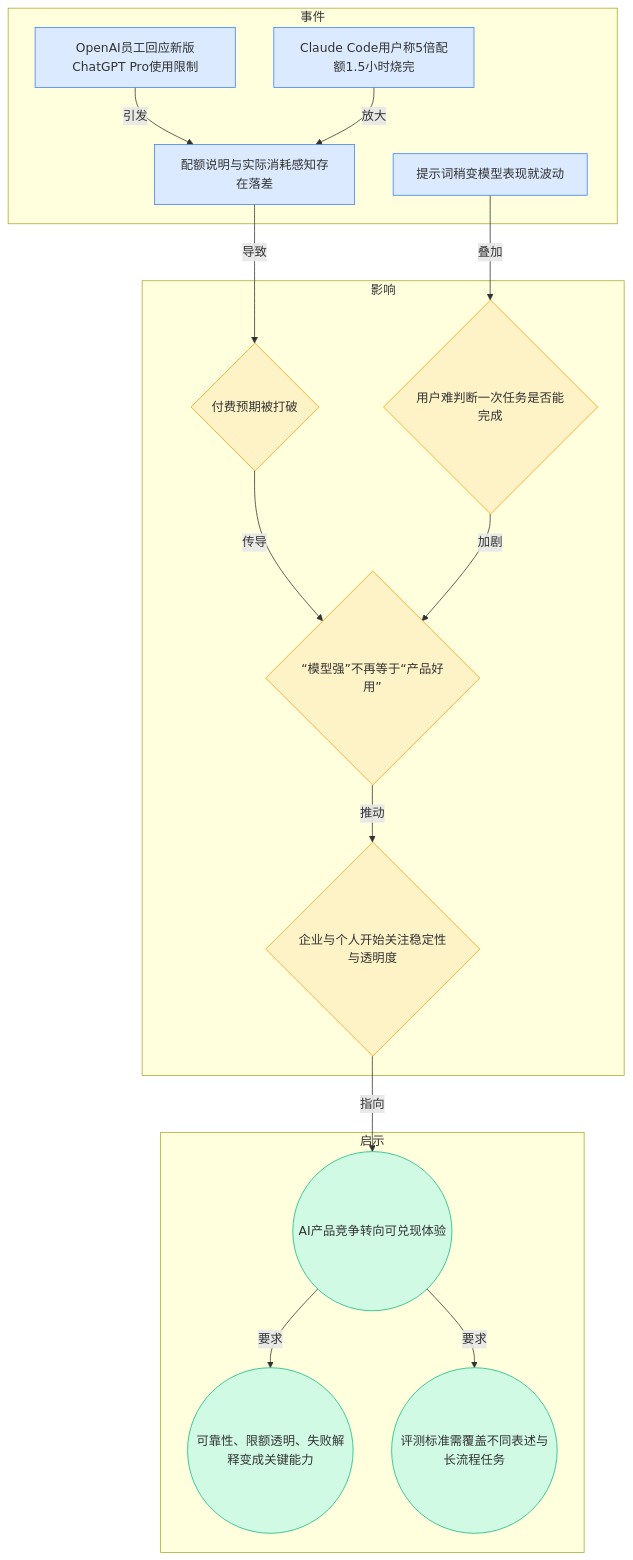
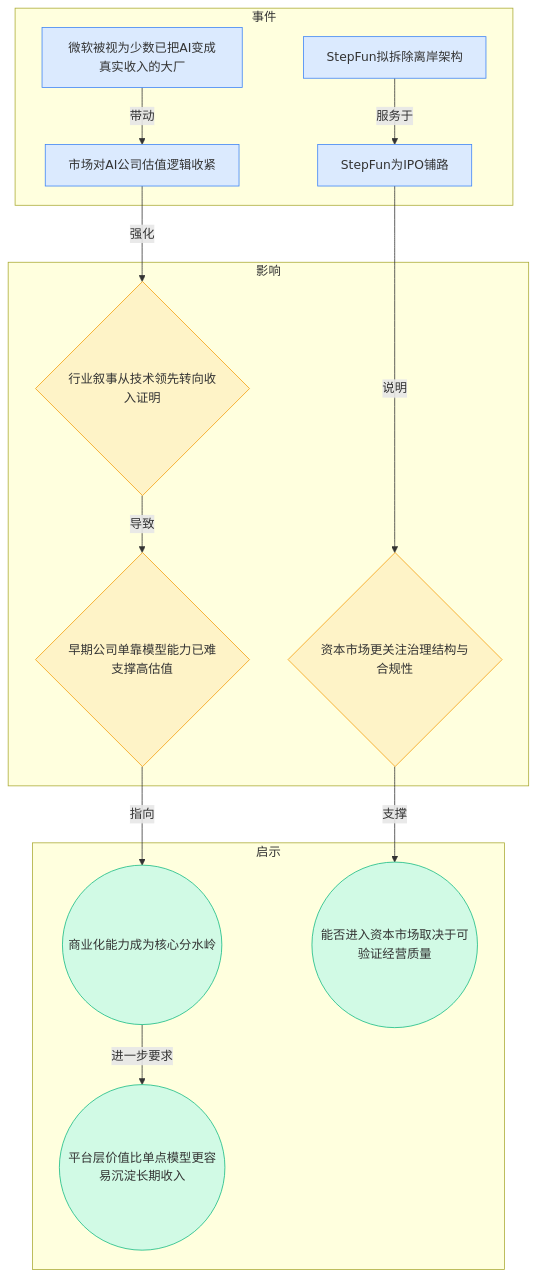
The second of 7 diagrams in content/cn/blog/weekly/2026-W16.md (ylzsdafei/ai-daily-site), drawn with Mermaid before and after one commit. The commit also changed other lines of this file and 2 other files, not shown here.

Commit message:
fix: 展开详细图谱改超链接样式 + 更新周报内容

````diff
--- a/content/cn/blog/weekly/2026-W16.md
+++ b/content/cn/blog/weekly/2026-W16.md
@@ -36,36 +36,33 @@
 ```mermaid
 graph TD
 subgraph 事件
-A[OpenAI员工回应新版ChatGPT Pro使用限制]
-B[Claude Code用户称5倍配额1.5小时烧完]
-C[配额说明与实际消耗感知存在落差]
-D[提示词稍变模型表现就波动]
+A[微软被视为少数已把AI变成真实收入的大厂]
+B[市场对AI公司估值逻辑收紧]
+C[StepFun拟拆除离岸架构]
+D[StepFun为IPO铺路]
 end
 subgraph 影响
-E{付费预期被打破}
-F{用户难判断一次任务是否能完成}
-G{“模型强”不再等于“产品好用”}
-H{企业与个人开始关注稳定性与透明度}
+E{行业叙事从技术领先转向收入证明}
+F{资本市场更关注治理结构与合规性}
+G{早期公司单靠模型能力已难支撑高估值}
 end
 subgraph 启示
-I((AI产品竞争转向可兑现体验))
-J((可靠性、限额透明、失败解释变成关键能力))
-K((评测标准需覆盖不同表述与长流程任务))
+H((商业化能力成为核心分水岭))
+I((能否进入资本市场取决于可验证经营质量))
+J((平台层价值比单点模型更容易沉淀长期收入))
 end
-A -->|引发| C
-B -->|放大| C
-C -->|导致| E
-D -->|叠加| F
-E -->|传导| G
-F -->|加剧| G
-G -->|推动| H
-H -->|指向| I
-I -->|要求| J
-I -->|要求| K
+A -->|带动| B
+B -->|强化| E
+C -->|服务于| D
+D -->|说明| F
+E -->|导致| G
+G -->|指向| H
+F -->|支撑| I
+H -->|进一步要求| J
 classDef blue fill:#dbeafe,stroke:#3b82f6
 classDef yellow fill:#fef3c7,stroke:#f59e0b
 classDef green fill:#d1fae5,stroke:#10b981
 class A,B,C,D blue
-class E,F,G,H yellow
-class I,J,K green
+class E,F,G yellow
+class H,I,J green
 ```
````
